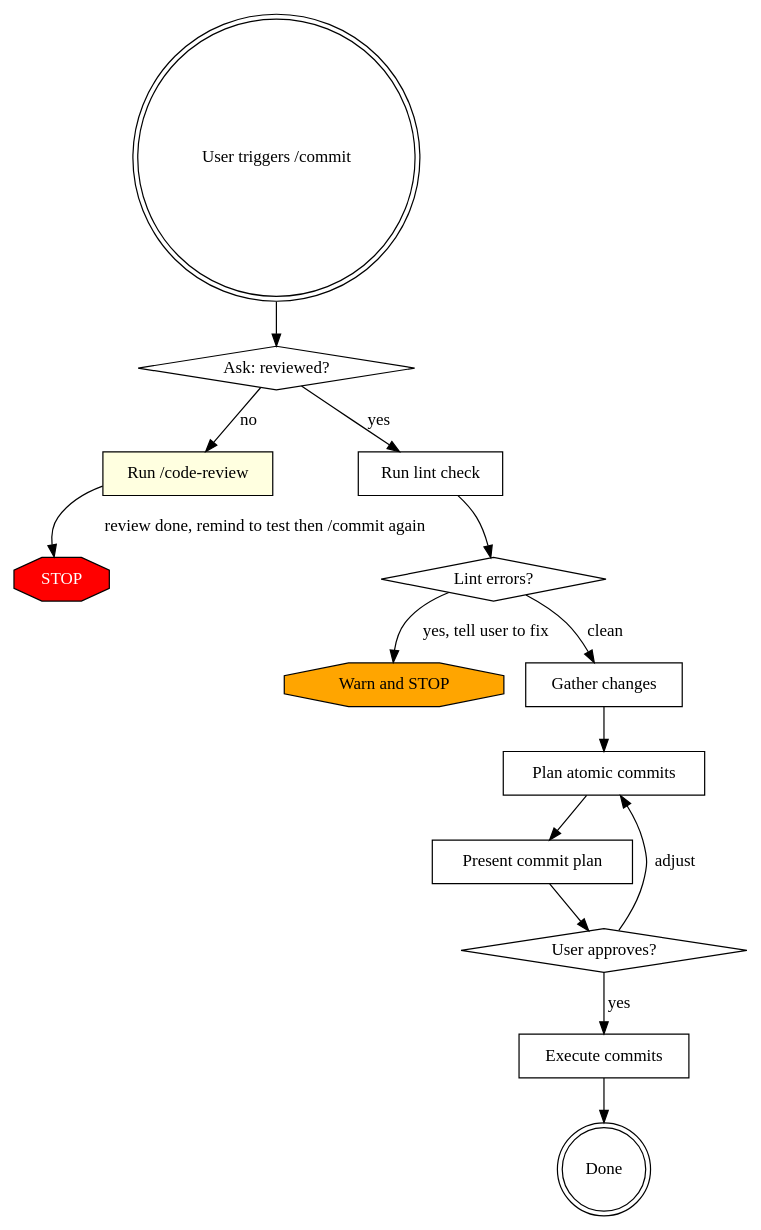
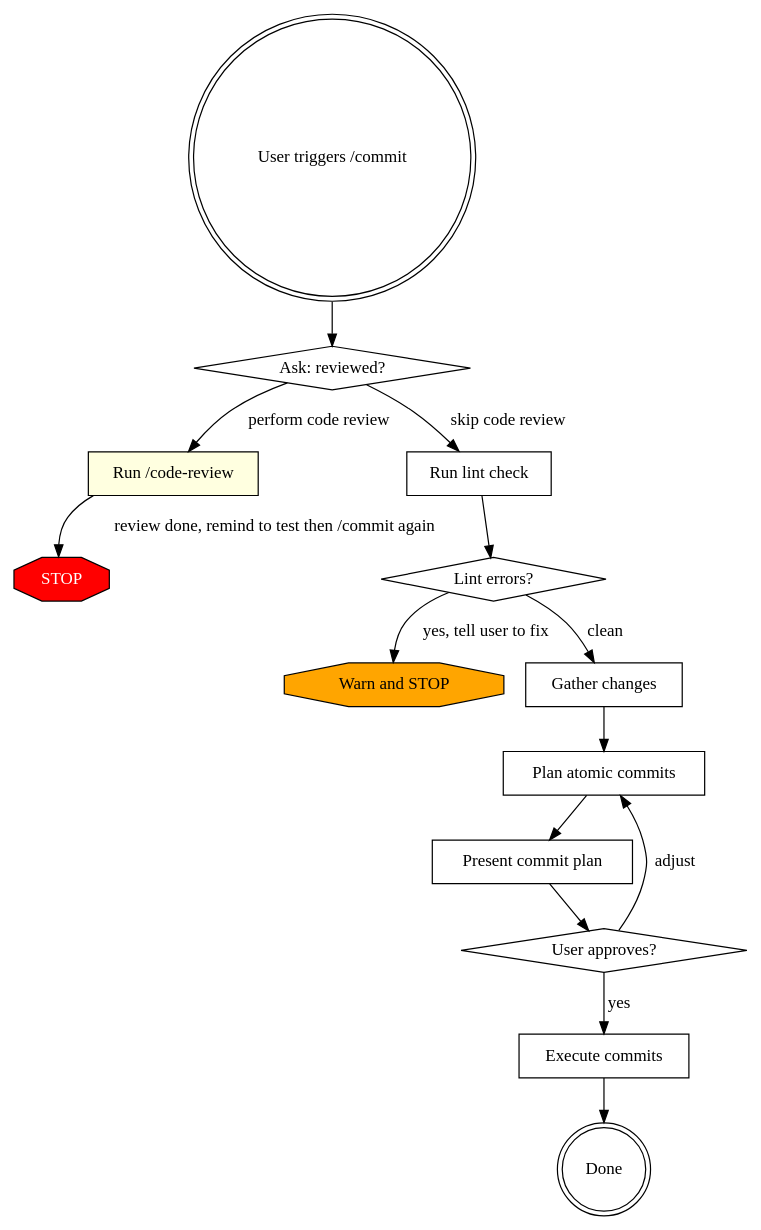
The diagram in skills/commit/SKILL.md (pandaworks-software-plt/pandahrms-skills), drawn with Graphviz before and after one commit. The commit also changed other lines of this file and 1 other file, not shown here.

First line of the commit message:
fix(commit): soften code review gate to recommendation

````diff
--- a/skills/commit/SKILL.md
+++ b/skills/commit/SKILL.md
@@ -19,31 +19,31 @@
 ```dot
 digraph commit {
     "User triggers /commit" [shape=doublecircle];
     "Ask: reviewed?" [shape=diamond];
     "Run /code-review" [shape=box, style=filled, fillcolor=lightyellow];
     "STOP" [shape=octagon, style=filled, fillcolor=red, fontcolor=white];
     "Run lint check" [shape=box];
     "Lint errors?" [shape=diamond];
     "Warn and STOP" [shape=octagon, style=filled, fillcolor=orange];
     "Gather changes" [shape=box];
     "Plan atomic commits" [shape=box];
     "Present commit plan" [shape=box];
     "User approves?" [shape=diamond];
     "Execute commits" [shape=box];
     "Done" [shape=doublecircle];
 
     "User triggers /commit" -> "Ask: reviewed?";
-    "Ask: reviewed?" -> "Run /code-review" [label="no"];
+    "Ask: reviewed?" -> "Run /code-review" [label="perform code review"];
     "Run /code-review" -> "STOP" [label="review done, remind to test then /commit again"];
-    "Ask: reviewed?" -> "Run lint check" [label="yes"];
+    "Ask: reviewed?" -> "Run lint check" [label="skip code review"];
     "Run lint check" -> "Lint errors?" ;
     "Lint errors?" -> "Warn and STOP" [label="yes, tell user to fix"];
     "Lint errors?" -> "Gather changes" [label="clean"];
     "Gather changes" -> "Plan atomic commits";
     "Plan atomic commits" -> "Present commit plan";
     "Present commit plan" -> "User approves?";
     "User approves?" -> "Execute commits" [label="yes"];
     "User approves?" -> "Plan atomic commits" [label="adjust"];
     "Execute commits" -> "Done";
 }
 ```
````
